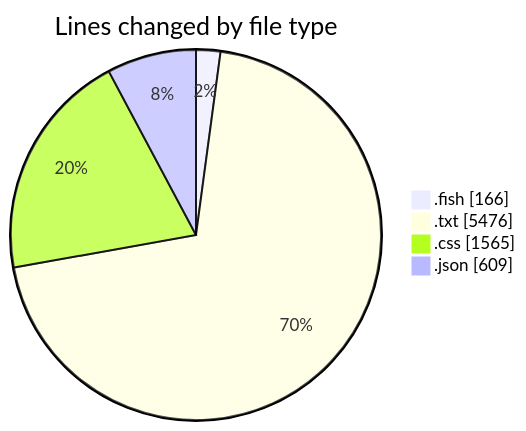
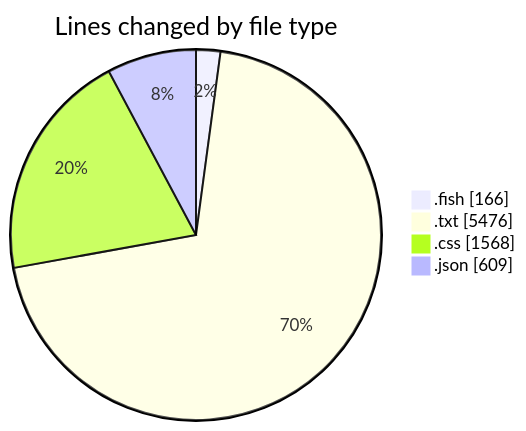
Before and after one commit to EIIisD/code-tracking: the first of 2 diagrams in 2025-07-21/fish/README.md, drawn with Mermaid. The commit also changed other lines of this file and 1 other file, not shown here.

````diff
--- a/2025-07-21/fish/README.md
+++ b/2025-07-21/fish/README.md
@@ -24,8 +24,8 @@
 ```mermaid
 pie showData
 title Lines changed by file type
 ".fish" : 166
 ".txt" : 5476
-".css" : 1565
+".css" : 1568
 ".json" : 609
 ```
````
